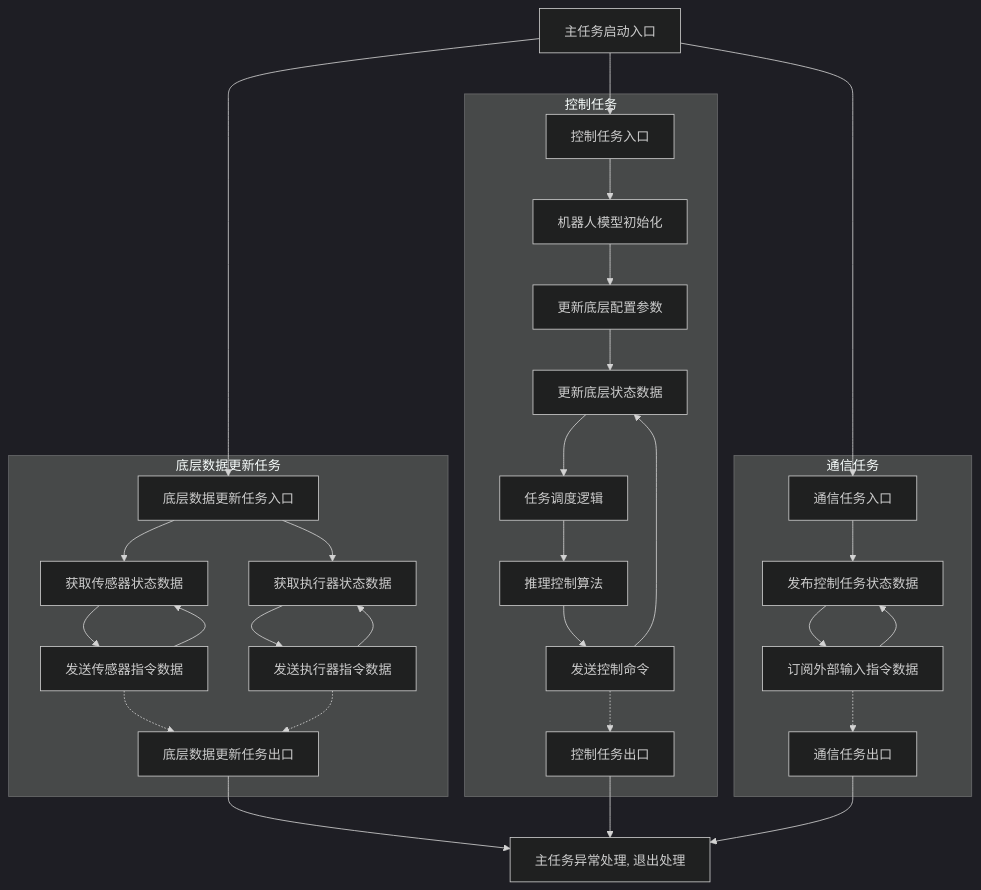
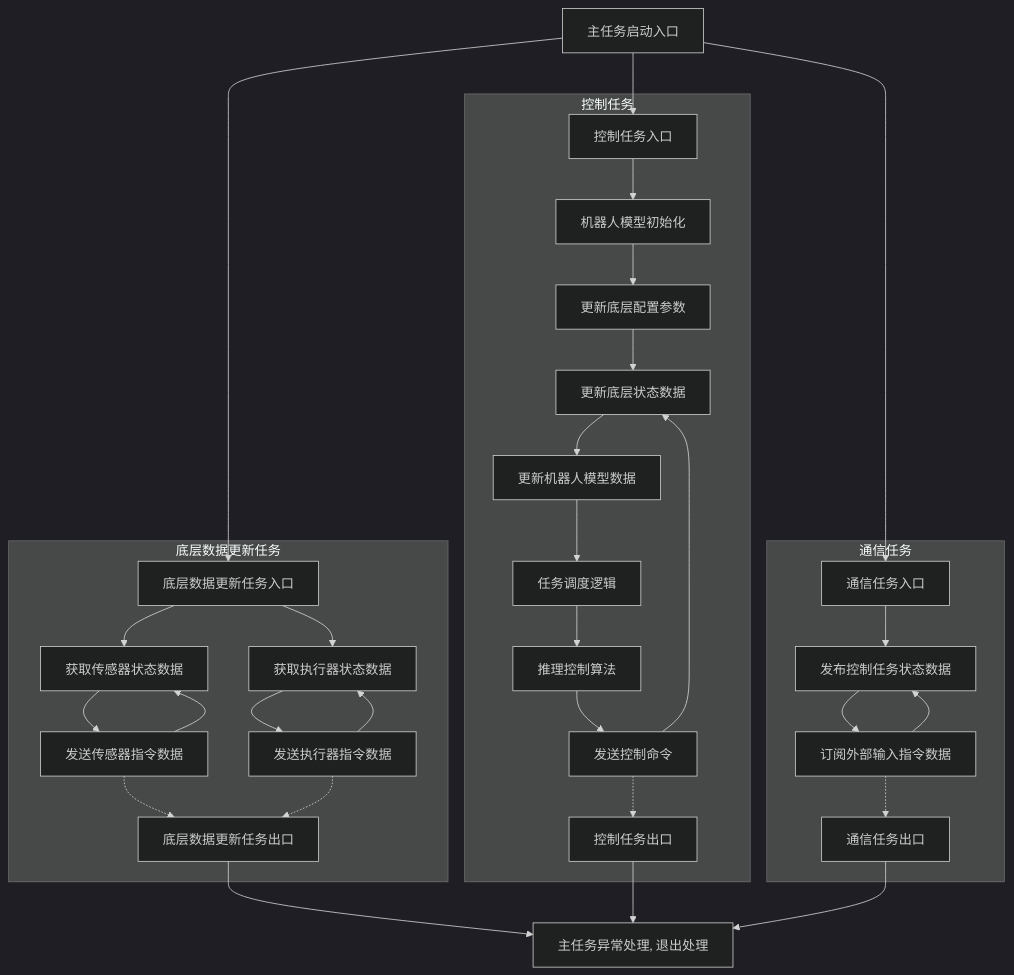
Before and after one commit to FFTAI/fourier-grx-N1: the second of 2 diagrams in docs/reference/system_running_logic.md, drawn with Mermaid (dark theme).

````diff
--- a/docs/reference/system_running_logic.md
+++ b/docs/reference/system_running_logic.md
@@ -80,57 +80,59 @@
 ```mermaid
 graph TD
     A[主任务启动入口] --> B_entry
     A --> C_entry
     A --> D_entry
     
     subgraph 底层数据更新任务
         B_entry[底层数据更新任务入口]
         B1[获取传感器状态数据]
         B2[发送传感器指令数据]
         B3[获取执行器状态数据]
         B4[发送执行器指令数据]
         B_exit[底层数据更新任务出口]
         B_entry --> B1
         B_entry --> B3
         B1 --> B2
         B2 --> B1
         B3 --> B4
         B4 --> B3
         B2 -.-> B_exit
         B4 -.-> B_exit
     end
     
     subgraph 控制任务 
         C_entry[控制任务入口]
         C1[机器人模型初始化]
         C2[更新底层配置参数]
         C3[更新底层状态数据]
-        C4[任务调度逻辑]
-        C5[推理控制算法]
-        C6[发送控制命令]
+        C4[更新机器人模型数据]
+        C5[任务调度逻辑]
+        C6[推理控制算法]
+        C7[发送控制命令]
         C_exit[控制任务出口]
         C_entry --> C1
         C1 --> C2
         C2 --> C3
         C3 --> C4
         C4 --> C5
         C5 --> C6
-        C6 --> C3
-        C6 -.-> C_exit
+        C6 --> C7
+        C7 --> C3
+        C7 -.-> C_exit
     end
     
     subgraph 通信任务 
         D_entry[通信任务入口]
         D1[发布控制任务状态数据]
         D2[订阅外部输入指令数据]
         D_exit[通信任务出口]
         D_entry --> D1
         D1 --> D2
         D2 --> D1
         D2 -.-> D_exit
     end
     
     B_exit --> Z[主任务异常处理, 退出处理]
     C_exit --> Z
     D_exit --> Z
 ```
````
